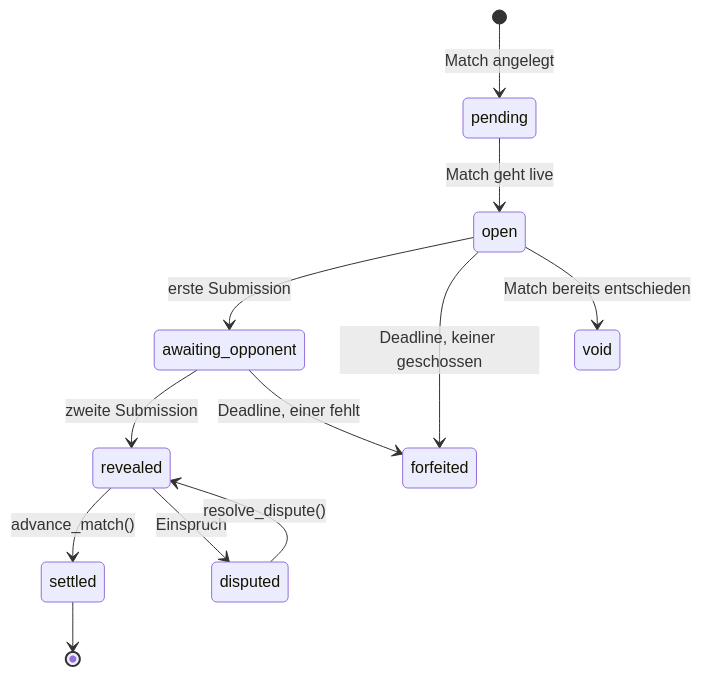
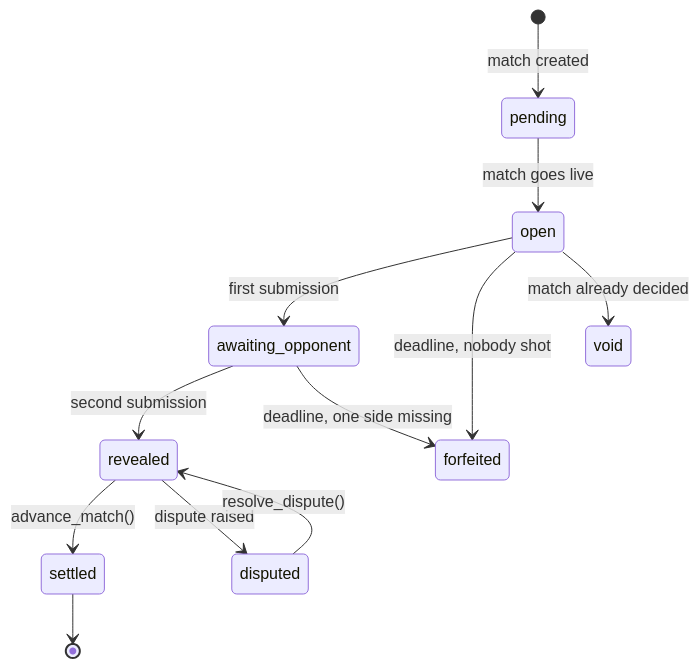
Before and after one commit to tjgehmann/worldshootingleague: the second of 2 diagrams in docs/data-model.md, drawn with Mermaid. The commit also changed other lines of this file and 19 other files, not shown here.

````diff
--- a/docs/data-model.md
+++ b/docs/data-model.md
@@ -45,14 +45,14 @@
 ```mermaid
 stateDiagram-v2
-    [*] --> pending : Match angelegt
-    pending --> open : Match geht live
-    open --> awaiting_opponent : erste Submission
-    awaiting_opponent --> revealed : zweite Submission
+    [*] --> pending : match created
+    pending --> open : match goes live
+    open --> awaiting_opponent : first submission
+    awaiting_opponent --> revealed : second submission
     revealed --> settled : advance_match()
-    revealed --> disputed : Einspruch
+    revealed --> disputed : dispute raised
     disputed --> revealed : resolve_dispute()
-    open --> forfeited : Deadline, keiner geschossen
-    awaiting_opponent --> forfeited : Deadline, einer fehlt
+    open --> forfeited : deadline, nobody shot
+    awaiting_opponent --> forfeited : deadline, one side missing
     settled --> [*]
-    open --> void : Match bereits entschieden
+    open --> void : match already decided
 ```
````
